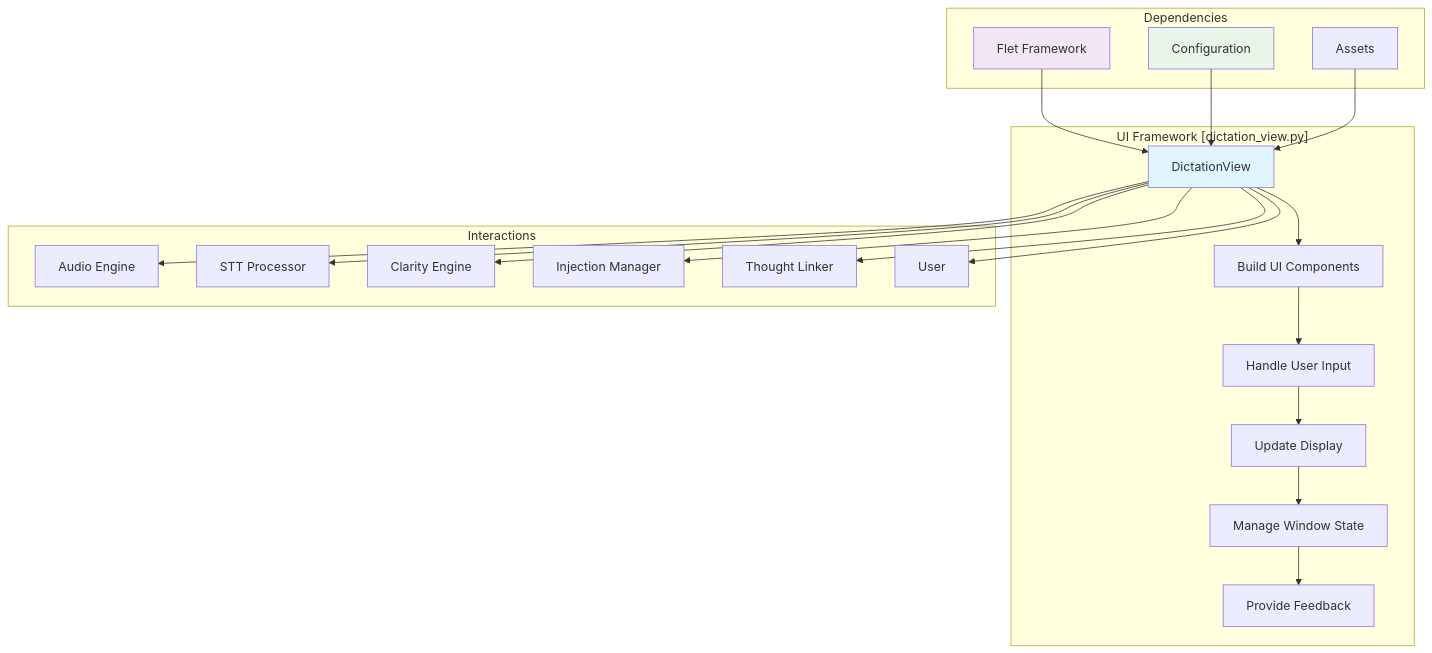
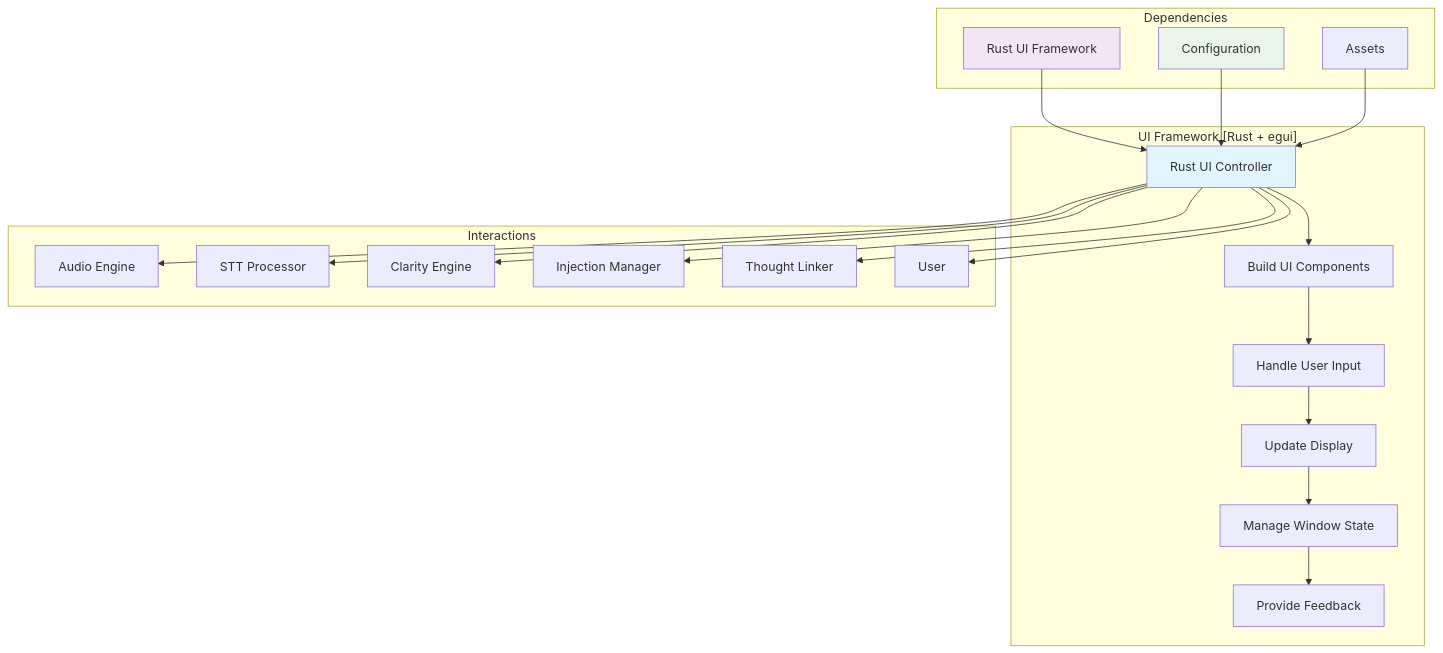
The eighth of 8 diagrams in docs/analysis/component_interaction_diagram.md (Coldaine/PersonalParakeet), drawn with Mermaid before and after one commit. The commit also changed other lines of this file and 1323 other files, not shown here.

````diff
--- a/docs/analysis/component_interaction_diagram.md
+++ b/docs/analysis/component_interaction_diagram.md
@@ -297,29 +297,29 @@
 ```mermaid
 graph TD
-    subgraph "UI Framework [dictation_view.py]"
-        A[DictationView] --> B[Build UI Components]
+    subgraph "UI Framework [Rust + egui]"
+        A[Rust UI Controller] --> B[Build UI Components]
         B --> C[Handle User Input]
         C --> D[Update Display]
         D --> E[Manage Window State]
         E --> F[Provide Feedback]
     end
     
     subgraph "Dependencies"
-        G[Flet Framework] --> A
+        G[Rust UI Framework] --> A
         H[Configuration] --> A
         I[Assets] --> A
     end
     
     subgraph "Interactions"
         A --> J[Audio Engine]
         A --> K[STT Processor]
         A --> L[Clarity Engine]
         A --> M[Injection Manager]
         A --> N[Thought Linker]
         A --> O[User]
     end
     
     style A fill:#e1f5fe
     style G fill:#f3e5f5
     style H fill:#e8f5e8
 ```
````
